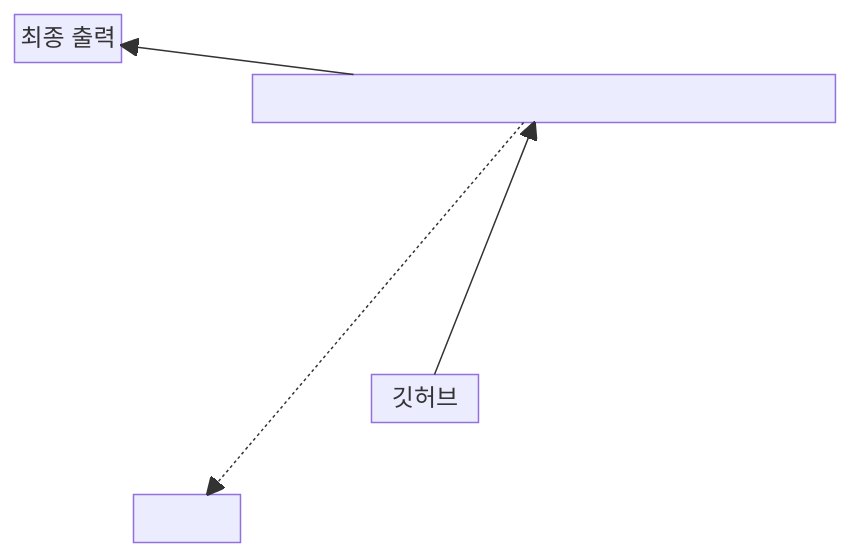
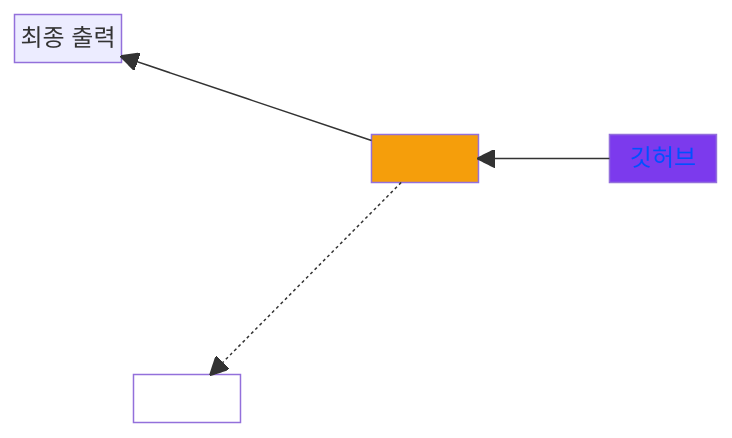
Before and after one commit to joblessking00/md-test: the diagram in README.md, drawn with Mermaid. The commit also changed other lines of this file, not shown here.

````diff
--- a/README.md
+++ b/README.md
@@ -1,12 +1,17 @@
 ```mermaid
 block-beta
     columns 6
     A["최종 출력"] space:5
-    space:2 B[" "]:5 space:22
-    space:5 C["깃허브"]
     space:6
-    space:3 D[" "] space:20
+    space:3 B["<font color='#1f2328'> </font>"] space C["<font color='#0051ff'>깃허브</font>"]
+    space:6
+    space:6
+    space:6
+    space D["<font color='#92400e'> </font>"] space:4
     B --> A
     B -.-> D
     C --> B
+    style B fill:#f59e0b
+    style C fill:#7c3aed
+    style D fill:#ffffff
 ```
````
